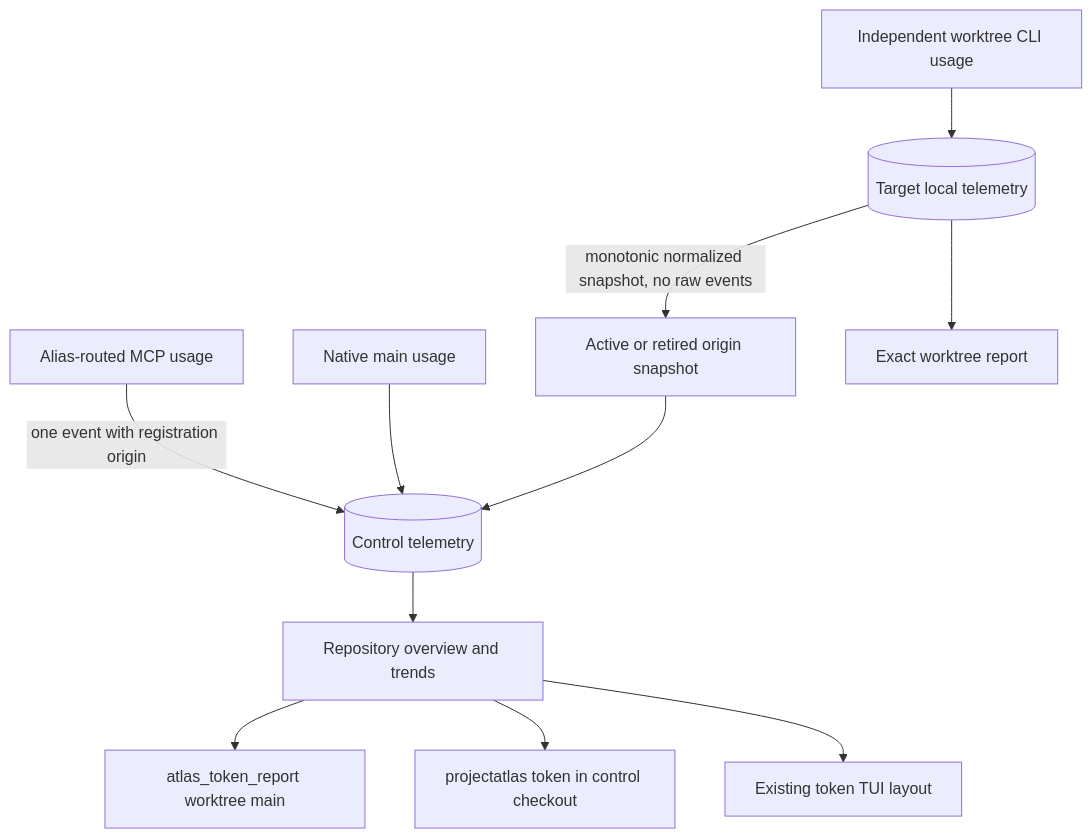
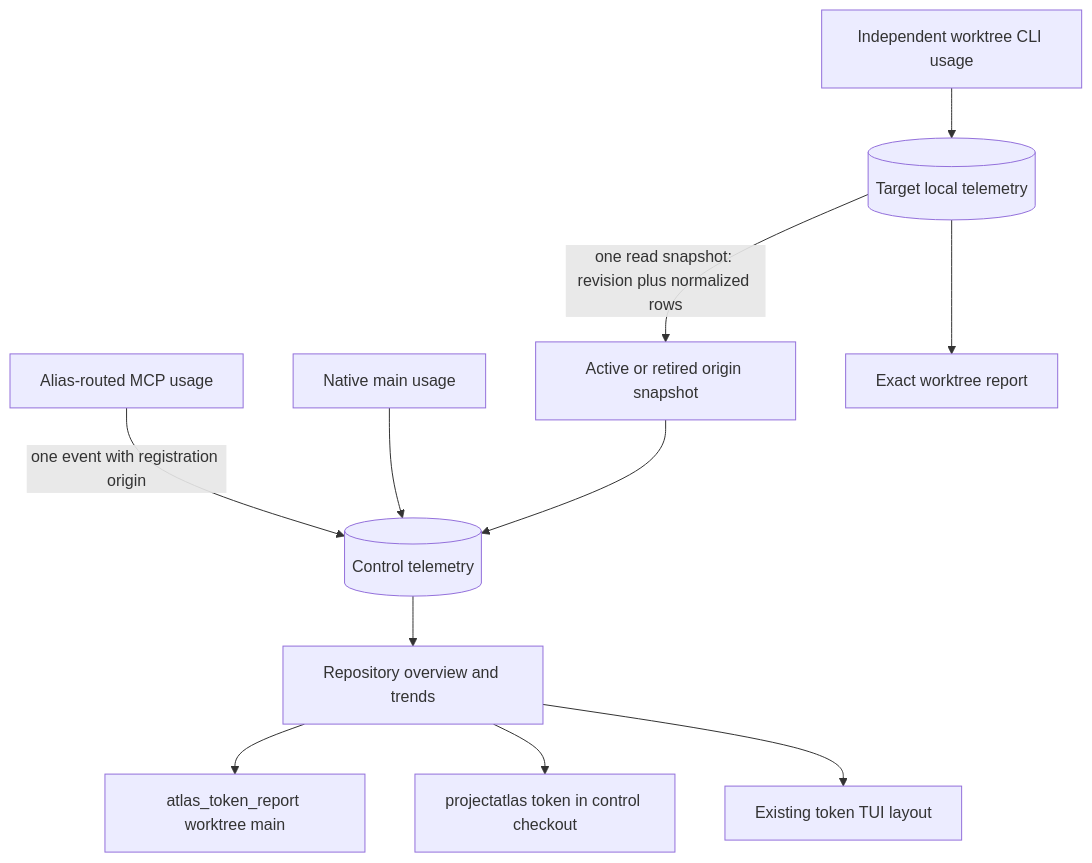
Before and after one commit to styler-ai/ProjectAtlas: the fifth of 6 diagrams in docs/worktree-lifecycle.md, drawn with Mermaid. The commit also changed other lines of this file and 6 other files, not shown here.

````diff
--- a/docs/worktree-lifecycle.md
+++ b/docs/worktree-lifecycle.md
@@ -177,13 +177,13 @@
 ```mermaid
 flowchart TB
     Routed[Alias-routed MCP usage] -->|one event with registration origin| Control[(Control telemetry)]
     MainUsage[Native main usage] --> Control
     Local[Independent worktree CLI usage] --> Target[(Target local telemetry)]
-    Target -->|monotonic normalized snapshot, no raw events| Snapshot[Active or retired origin snapshot]
+    Target -->|one read snapshot: revision plus normalized rows| Snapshot[Active or retired origin snapshot]
     Snapshot --> Control
     Control --> Aggregate[Repository overview and trends]
     Aggregate --> MainMCP[atlas_token_report worktree main]
     Aggregate --> MainCLI[projectatlas token in control checkout]
     Aggregate --> TUI[Existing token TUI layout]
     Target --> Exact[Exact worktree report]
 ```
````
